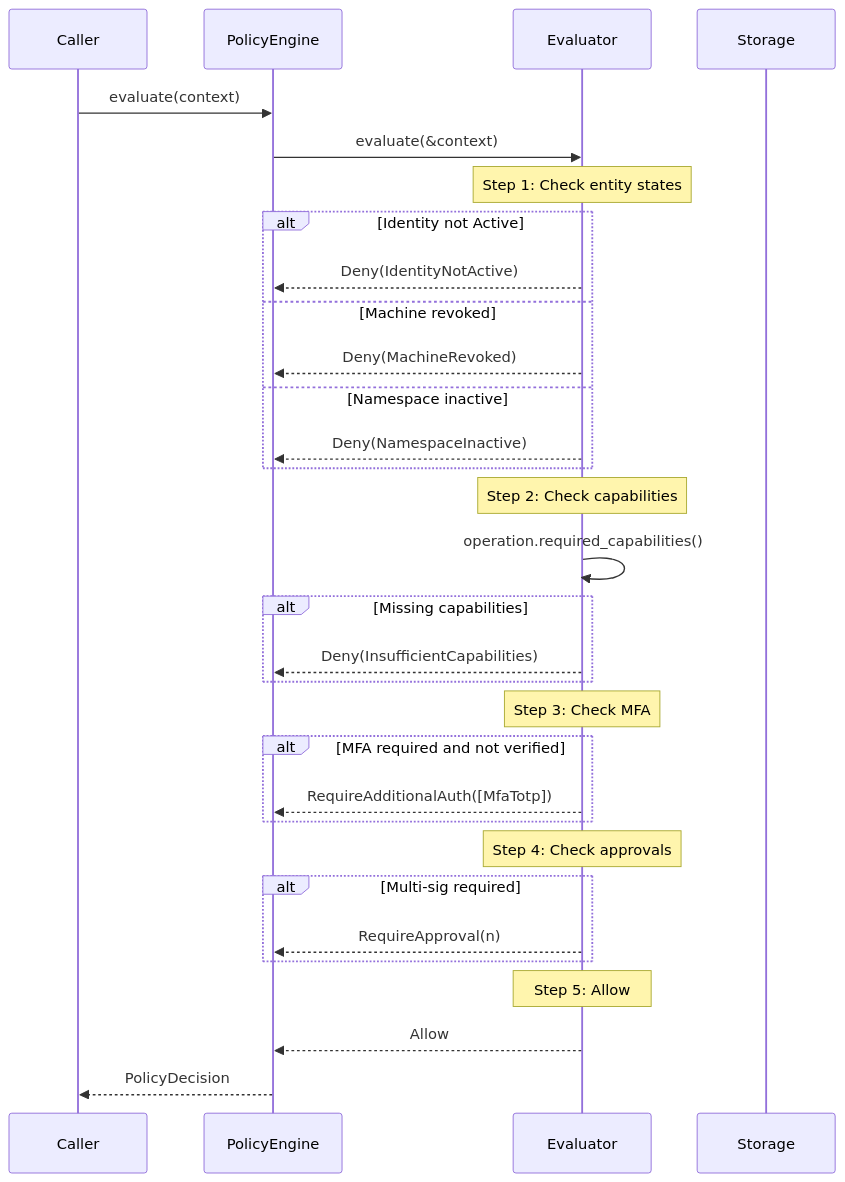
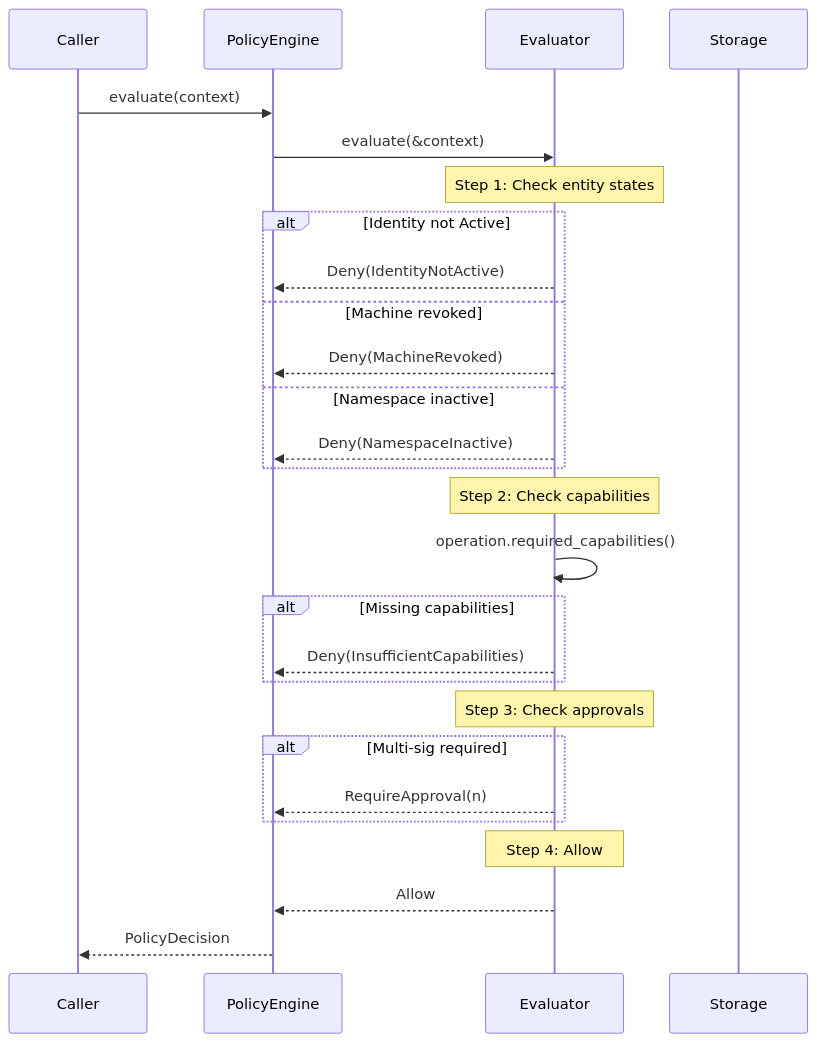
One commit to cypher-asi/zero-auth changed the fifth of 7 diagrams in docs/spec/v0.1.1/03-policy.md. Above: the diagram before and after it, drawn with Mermaid. The commit also changed other lines of this file and 126 other files, not shown here.

First line of the commit message:
remove MFA/TOTP support entirely from the codebase

````diff
--- a/docs/spec/v0.1.1/03-policy.md
+++ b/docs/spec/v0.1.1/03-policy.md
@@ -404,40 +386,35 @@
 ```mermaid
 sequenceDiagram
     participant Caller
     participant Engine as PolicyEngine
     participant Evaluator
     participant Storage
     
     Caller->>Engine: evaluate(context)
     
     Engine->>Evaluator: evaluate(&context)
     
     Note over Evaluator: Step 1: Check entity states
     alt Identity not Active
         Evaluator-->>Engine: Deny(IdentityNotActive)
     else Machine revoked
         Evaluator-->>Engine: Deny(MachineRevoked)
     else Namespace inactive
         Evaluator-->>Engine: Deny(NamespaceInactive)
     end
     
     Note over Evaluator: Step 2: Check capabilities
     Evaluator->>Evaluator: operation.required_capabilities()
     alt Missing capabilities
         Evaluator-->>Engine: Deny(InsufficientCapabilities)
     end
     
-    Note over Evaluator: Step 3: Check MFA
-    alt MFA required and not verified
-        Evaluator-->>Engine: RequireAdditionalAuth([MfaTotp])
-    end
-    
-    Note over Evaluator: Step 4: Check approvals
+    Note over Evaluator: Step 3: Check approvals
     alt Multi-sig required
         Evaluator-->>Engine: RequireApproval(n)
     end
     
-    Note over Evaluator: Step 5: Allow
+    Note over Evaluator: Step 4: Allow
     Evaluator-->>Engine: Allow
     Engine-->>Caller: PolicyDecision
 ```
````
